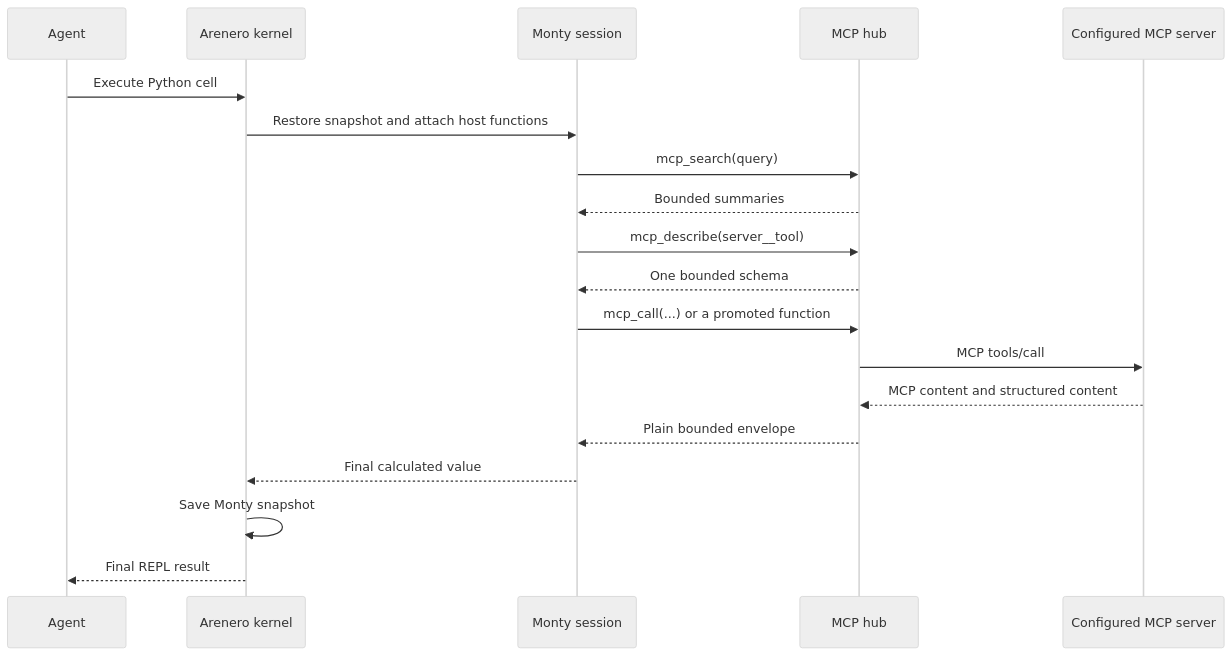
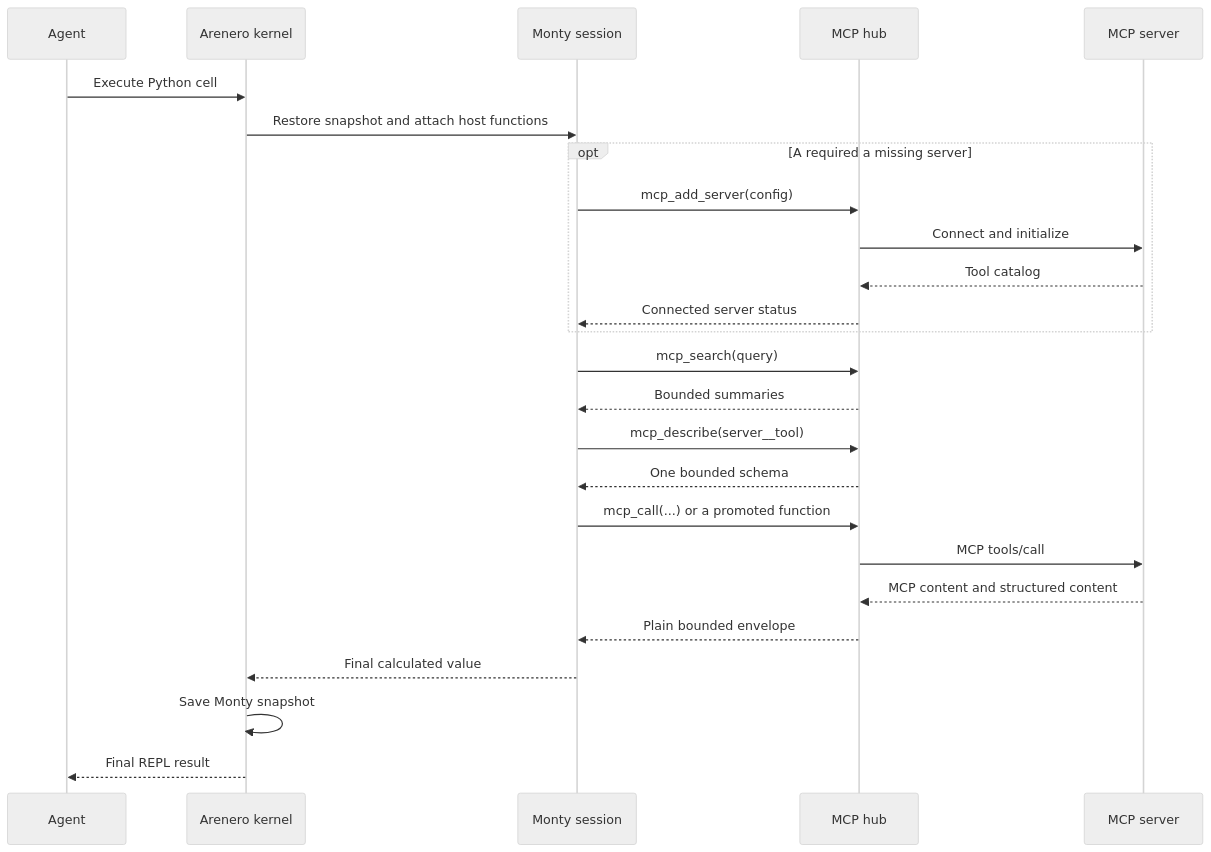
One commit to sgaseretto/arenero changed the first of 2 diagrams in docs/mcp.md. Above: the diagram before and after it, drawn with Mermaid (neutral theme). The commit also changed other lines of this file and 18 other files, not shown here.

````diff
--- a/docs/mcp.md
+++ b/docs/mcp.md
@@ -182,22 +293,28 @@
 ```mermaid
 sequenceDiagram
     participant A as Agent
     participant K as Arenero kernel
     participant M as Monty session
     participant H as MCP hub
-    participant S as Configured MCP server
+    participant S as MCP server
 
     A->>K: Execute Python cell
     K->>M: Restore snapshot and attach host functions
+    opt A required a missing server
+        M->>H: mcp_add_server(config)
+        H->>S: Connect and initialize
+        S-->>H: Tool catalog
+        H-->>M: Connected server status
+    end
     M->>H: mcp_search(query)
     H-->>M: Bounded summaries
     M->>H: mcp_describe(server__tool)
     H-->>M: One bounded schema
     M->>H: mcp_call(...) or a promoted function
     H->>S: MCP tools/call
     S-->>H: MCP content and structured content
     H-->>M: Plain bounded envelope
     M-->>K: Final calculated value
     K->>K: Save Monty snapshot
     K-->>A: Final REPL result
 ```
````
